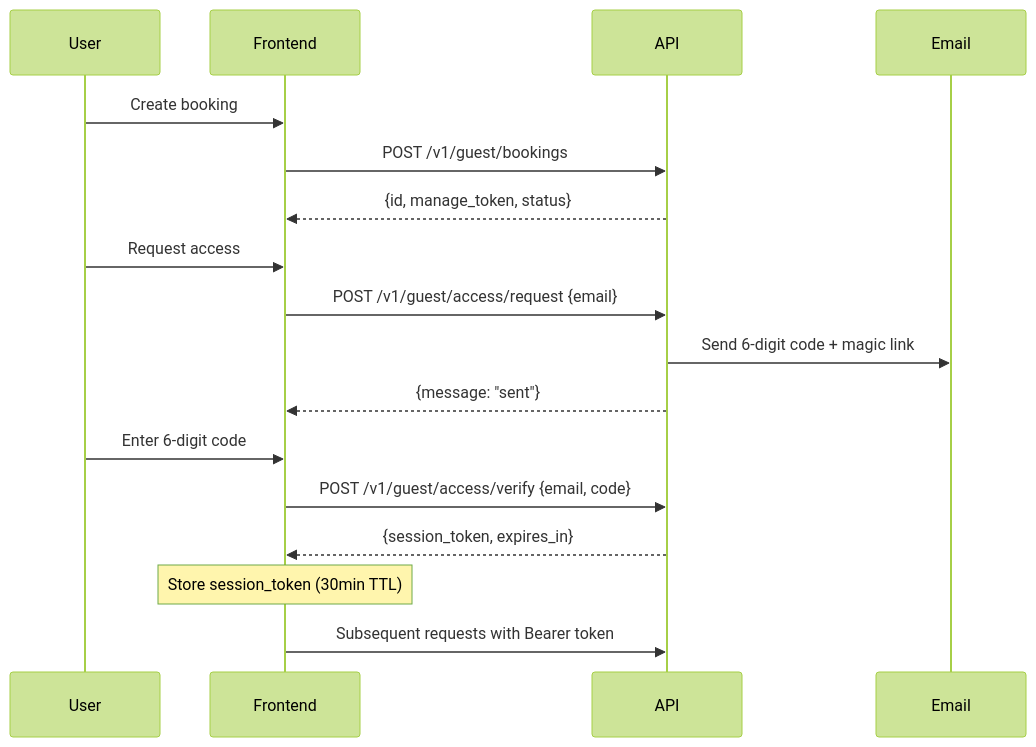
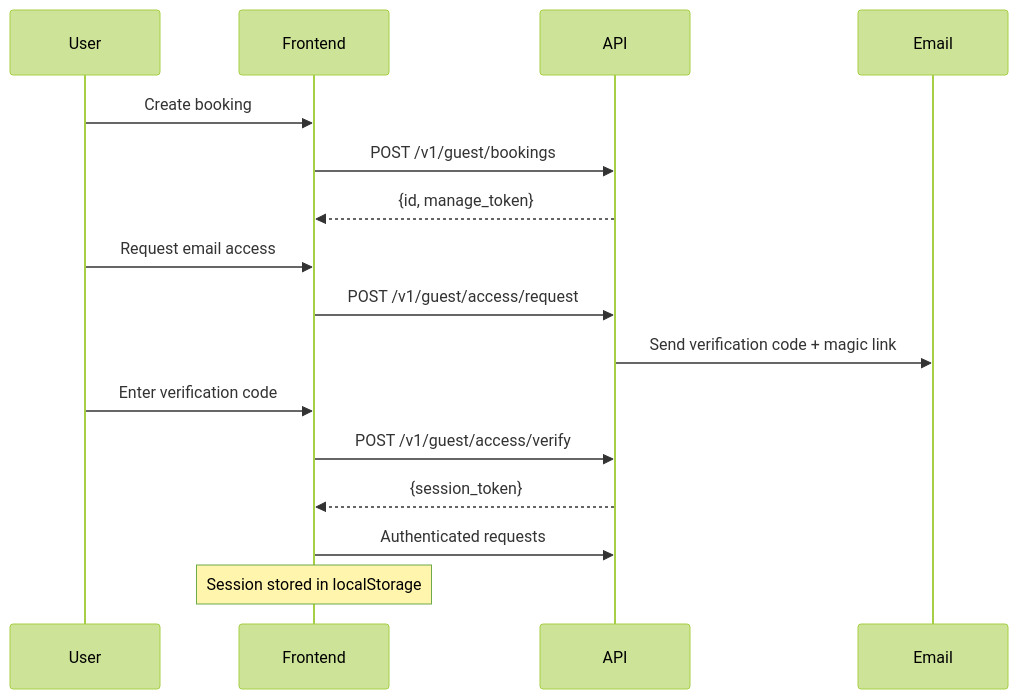
Before and after one commit to diagnosis/luxsuv-bookings: the diagram in README.md, drawn with Mermaid (forest theme). The commit also changed other lines of this file, not shown here.

````diff
--- a/README.md
+++ b/README.md
@@ -37,24 +106,22 @@
 ```mermaid
 sequenceDiagram
     participant User
     participant Frontend
     participant API
     participant Email
 
     User->>Frontend: Create booking
     Frontend->>API: POST /v1/guest/bookings
-    API-->>Frontend: {id, manage_token, status}
+    API-->>Frontend: {id, manage_token}
     
-    User->>Frontend: Request access
-    Frontend->>API: POST /v1/guest/access/request {email}
-    API->>Email: Send 6-digit code + magic link
-    API-->>Frontend: {message: "sent"}
+    User->>Frontend: Request email access
+    Frontend->>API: POST /v1/guest/access/request
+    API->>Email: Send verification code + magic link
     
-    User->>Frontend: Enter 6-digit code
-    Frontend->>API: POST /v1/guest/access/verify {email, code}
-    API-->>Frontend: {session_token, expires_in}
+    User->>Frontend: Enter verification code
+    Frontend->>API: POST /v1/guest/access/verify
+    API-->>Frontend: {session_token}
     
-    Note over Frontend: Store session_token (30min TTL)
-    
-    Frontend->>API: Subsequent requests with Bearer token
+    Frontend->>API: Authenticated requests
+    Note over Frontend: Session stored in localStorage
 ```
````
